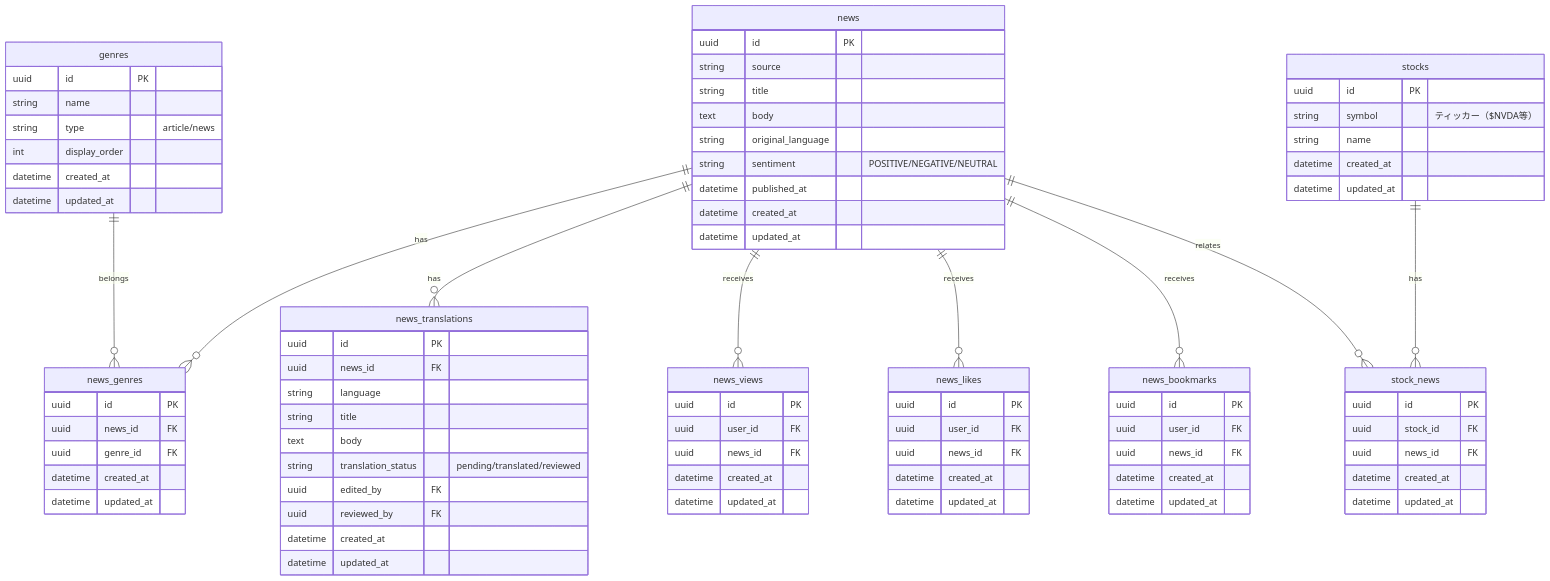
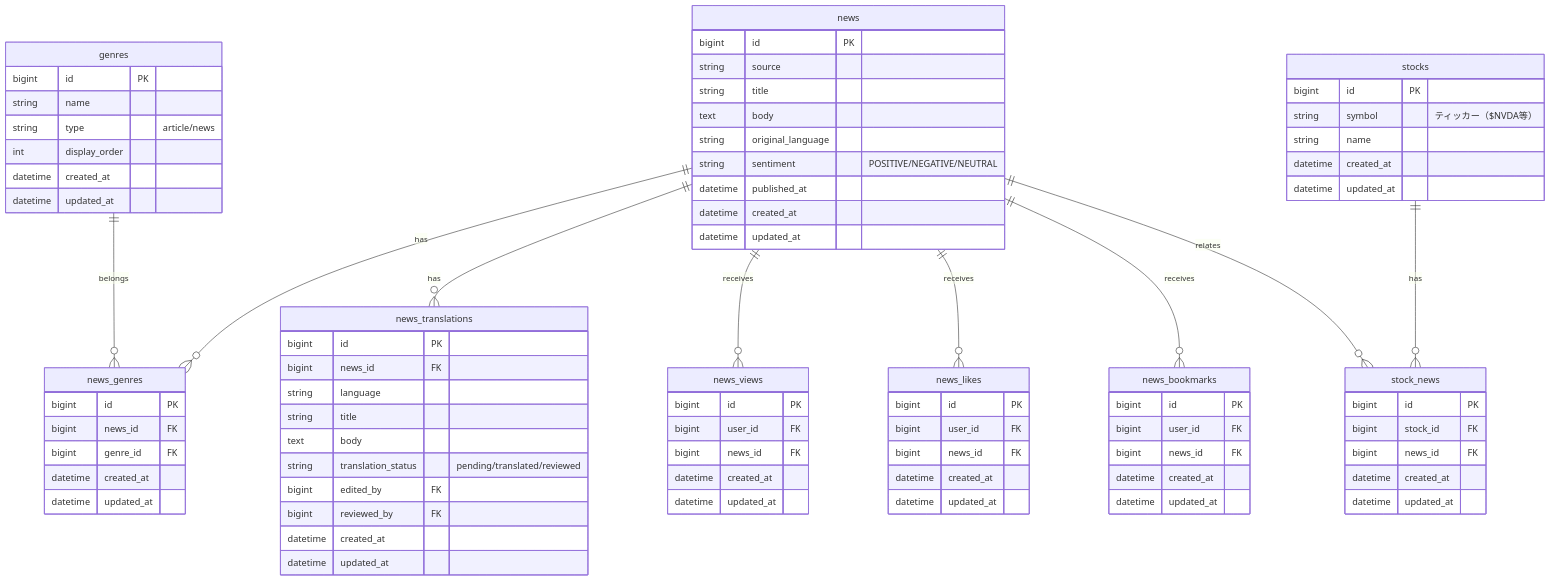
Before and after one commit to RRRRRRR-777/SikouLab: the first of 3 diagrams in docs/functions/news/genre-detail.md, drawn with Mermaid. The commit also changed 19 other files, not shown here.

```diff
--- a/docs/functions/news/genre-detail.md
+++ b/docs/functions/news/genre-detail.md
@@ -119,7 +119,7 @@
     stocks ||--o{ stock_news : "has"
 
     news {
-        uuid id PK
+        bigint id PK
         string source
         string title
         text body
@@ -131,28 +131,28 @@
     }
 
     news_translations {
-        uuid id PK
-        uuid news_id FK
+        bigint id PK
+        bigint news_id FK
         string language
         string title
         text body
         string translation_status "pending/translated/reviewed"
-        uuid edited_by FK
-        uuid reviewed_by FK
+        bigint edited_by FK
+        bigint reviewed_by FK
         datetime created_at
         datetime updated_at
     }
 
     news_genres {
-        uuid id PK
-        uuid news_id FK
-        uuid genre_id FK
+        bigint id PK
+        bigint news_id FK
+        bigint genre_id FK
         datetime created_at
         datetime updated_at
     }
 
     genres {
-        uuid id PK
+        bigint id PK
         string name
         string type "article/news"
         int display_order
@@ -161,39 +161,39 @@
     }
 
     news_views {
-        uuid id PK
-        uuid user_id FK
-        uuid news_id FK
+        bigint id PK
+        bigint user_id FK
+        bigint news_id FK
         datetime created_at
         datetime updated_at
     }
 
     news_likes {
-        uuid id PK
-        uuid user_id FK
-        uuid news_id FK
+        bigint id PK
+        bigint user_id FK
+        bigint news_id FK
         datetime created_at
         datetime updated_at
     }
 
     news_bookmarks {
-        uuid id PK
-        uuid user_id FK
-        uuid news_id FK
+        bigint id PK
+        bigint user_id FK
+        bigint news_id FK
         datetime created_at
         datetime updated_at
     }
 
     stock_news {
-        uuid id PK
-        uuid stock_id FK
-        uuid news_id FK
+        bigint id PK
+        bigint stock_id FK
+        bigint news_id FK
         datetime created_at
         datetime updated_at
     }
 
     stocks {
-        uuid id PK
+        bigint id PK
         string symbol "ティッカー（$NVDA等）"
         string name
         datetime created_at
```
